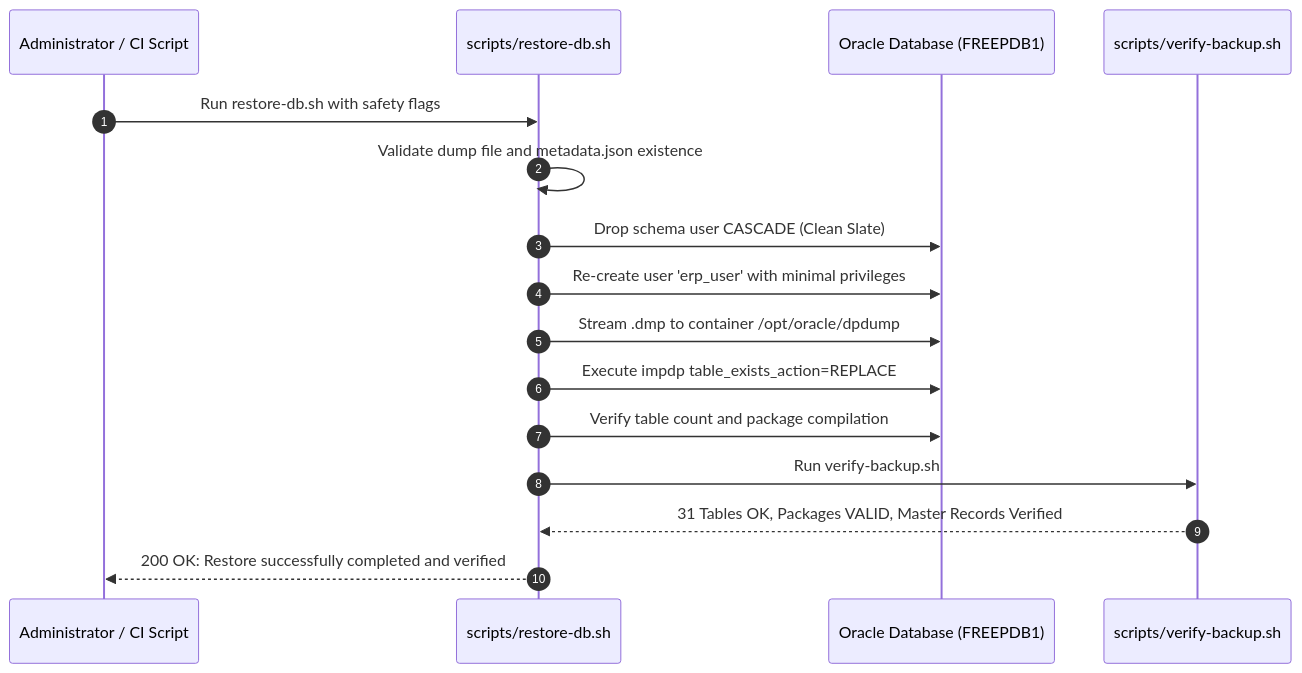
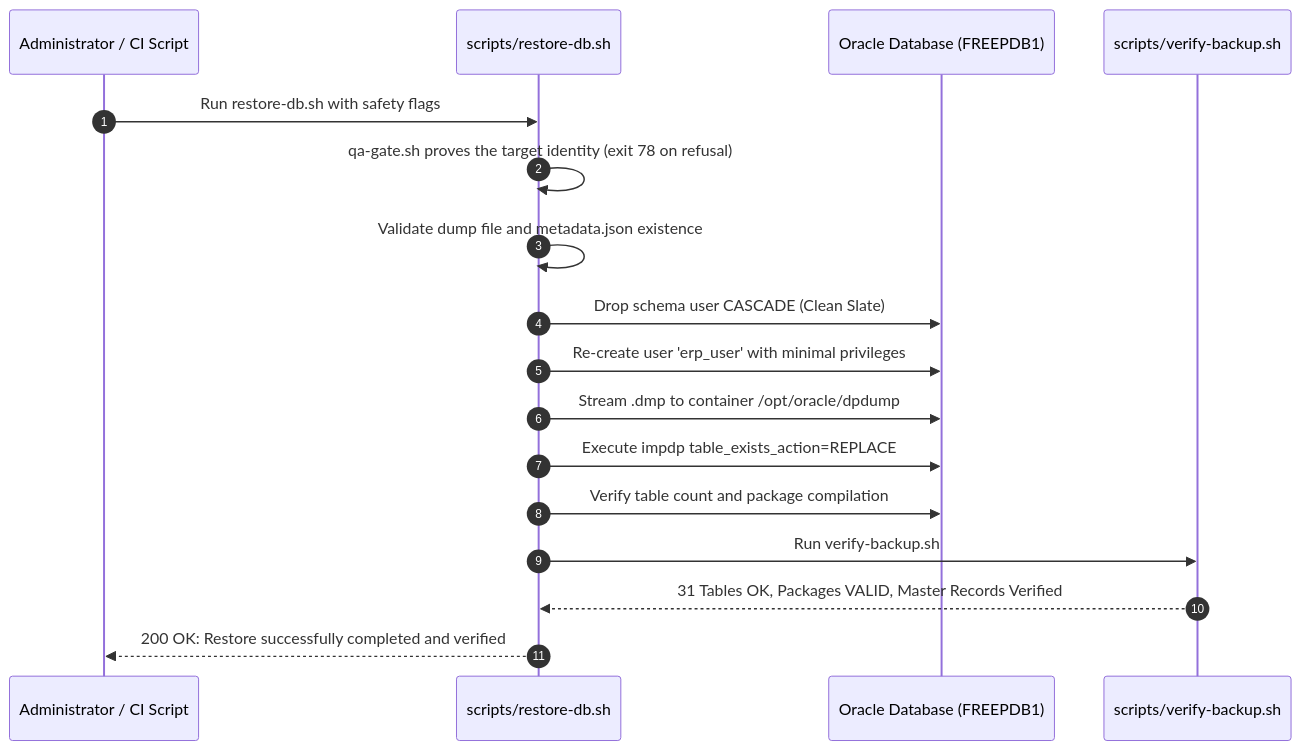
The diagram in docs/operations/backup-restore.md (imtarget05/MiniERP-Manufacturing-Warehouse), drawn with Mermaid before and after one commit. The commit also changed other lines of this file and 141 other files, not shown here.

````diff
--- a/docs/operations/backup-restore.md
+++ b/docs/operations/backup-restore.md
@@ -69,19 +91,20 @@
 ```mermaid
 sequenceDiagram
     autonumber
     participant Op as Administrator / CI Script
     participant Script as scripts/restore-db.sh
     participant DB as Oracle Database (FREEPDB1)
     participant Verifier as scripts/verify-backup.sh
 
     Op->>Script: Run restore-db.sh with safety flags
+    Script->>Script: qa-gate.sh proves the target identity (exit 78 on refusal)
     Script->>Script: Validate dump file and metadata.json existence
     Script->>DB: Drop schema user CASCADE (Clean Slate)
     Script->>DB: Re-create user 'erp_user' with minimal privileges
     Script->>DB: Stream .dmp to container /opt/oracle/dpdump
     Script->>DB: Execute impdp table_exists_action=REPLACE
     Script->>DB: Verify table count and package compilation
     Script->>Verifier: Run verify-backup.sh
     Verifier-->>Script: 31 Tables OK, Packages VALID, Master Records Verified
     Script-->>Op: 200 OK: Restore successfully completed and verified
 ```
````
